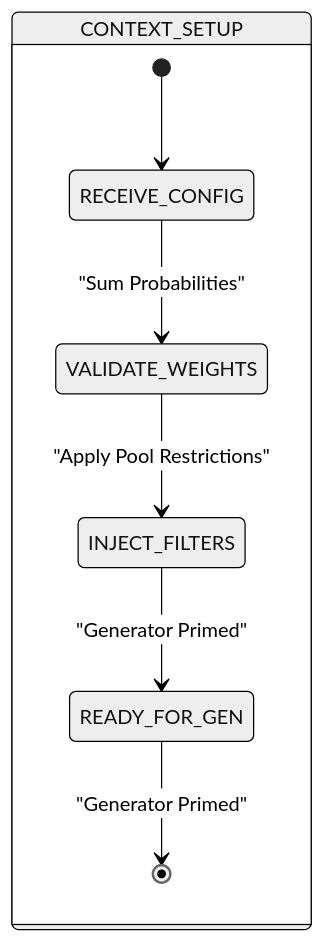
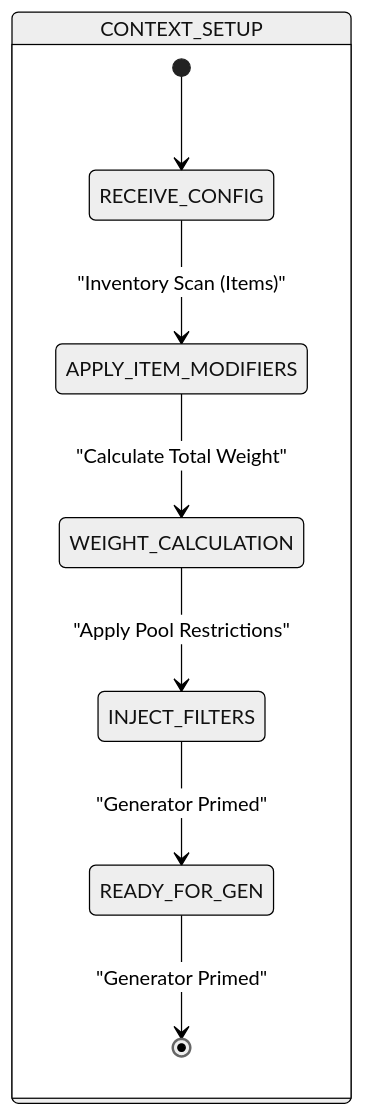
The first of 18 diagrams in .agents/skills/project-standards/references/battle/battle_mechanics_manual.md (Darkham77/PokeBorrador), drawn with Mermaid (neutral theme) before and after one commit. The commit also changed other lines of this file and 20 other files, not shown here.

````diff
--- a/.agents/skills/project-standards/references/battle/battle_mechanics_manual.md
+++ b/.agents/skills/project-standards/references/battle/battle_mechanics_manual.md
@@ -353,10 +339,11 @@
 ```mermaid
 stateDiagram-v2
         state CONTEXT_SETUP {
             [*] --> RECEIVE_CONFIG
-            RECEIVE_CONFIG --> VALIDATE_WEIGHTS : "Sum Probabilities"
-            VALIDATE_WEIGHTS --> INJECT_FILTERS : "Apply Pool Restrictions"
+            RECEIVE_CONFIG --> APPLY_ITEM_MODIFIERS : "Inventory Scan (Items)"
+            APPLY_ITEM_MODIFIERS --> WEIGHT_CALCULATION : "Calculate Total Weight"
+            WEIGHT_CALCULATION --> INJECT_FILTERS : "Apply Pool Restrictions"
             INJECT_FILTERS --> READY_FOR_GEN : "Generator Primed"
             READY_FOR_GEN --> [*] : "Generator Primed"
         }
 ```
````
